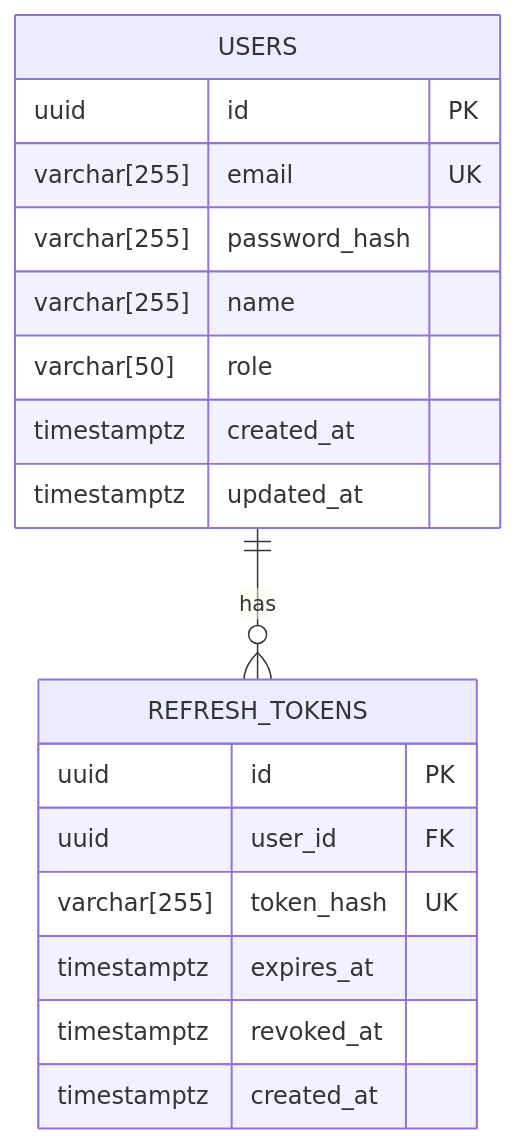
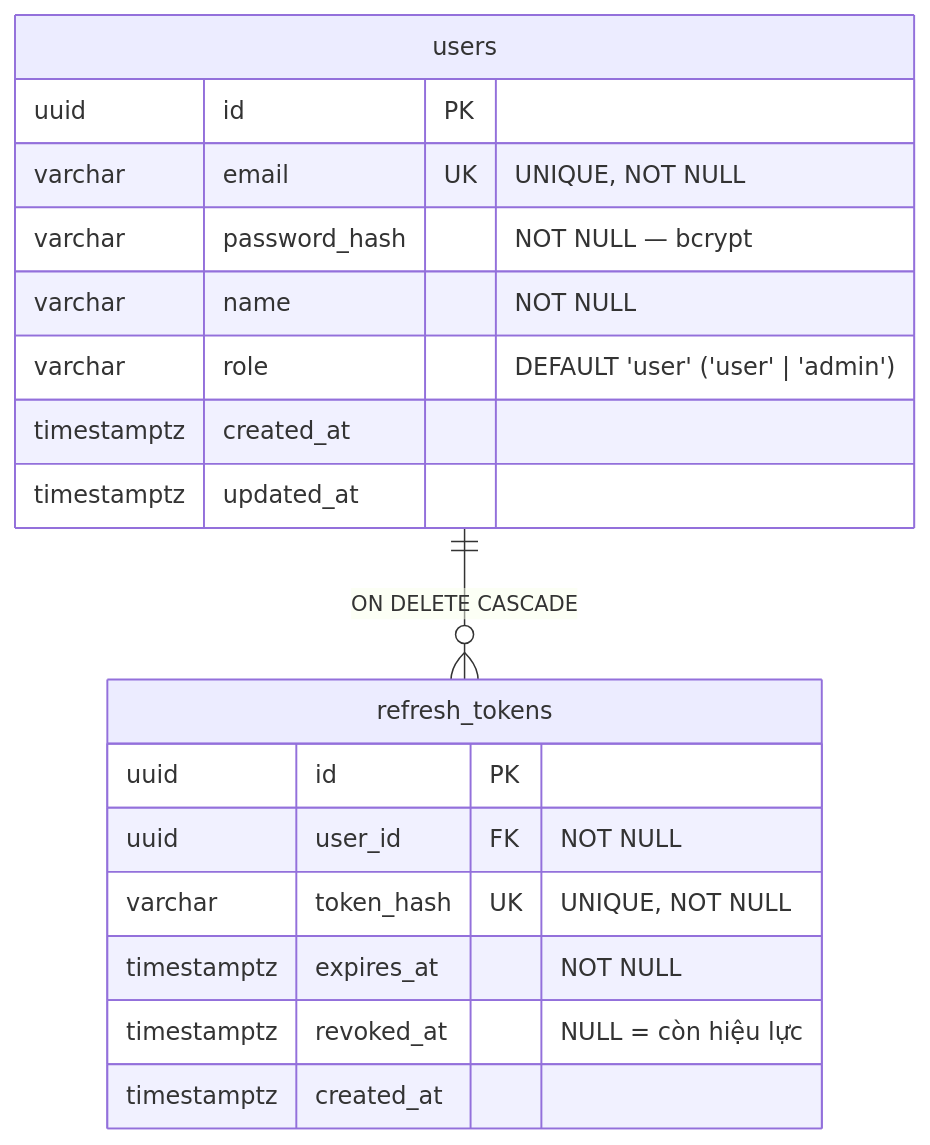
Before and after one commit to hoangdaochuz/booking: the second of 8 diagrams in docs/database-erd.md, drawn with Mermaid. The commit also changed other lines of this file and 19 other files, not shown here.

````diff
--- a/docs/database-erd.md
+++ b/docs/database-erd.md
@@ -20,21 +40,21 @@
 ```mermaid
 erDiagram
-    USERS ||--o{ REFRESH_TOKENS : has
-    USERS {
+    users {
         uuid id PK
-        varchar[255] email UK
-        varchar[255] password_hash
-        varchar[255] name
-        varchar[50] role
+        varchar email UK "UNIQUE, NOT NULL"
+        varchar password_hash "NOT NULL — bcrypt"
+        varchar name "NOT NULL"
+        varchar role "DEFAULT 'user' ('user' | 'admin')"
         timestamptz created_at
         timestamptz updated_at
     }
-    REFRESH_TOKENS {
+    refresh_tokens {
         uuid id PK
-        uuid user_id FK
-        varchar[255] token_hash UK
-        timestamptz expires_at
-        timestamptz revoked_at
+        uuid user_id FK "NOT NULL"
+        varchar token_hash UK "UNIQUE, NOT NULL"
+        timestamptz expires_at "NOT NULL"
+        timestamptz revoked_at "NULL = còn hiệu lực"
         timestamptz created_at
     }
+    users ||--o{ refresh_tokens : "ON DELETE CASCADE"
 ```
````
